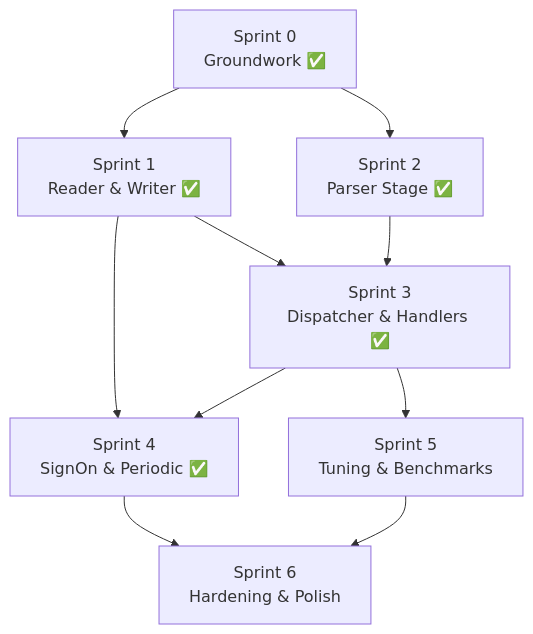
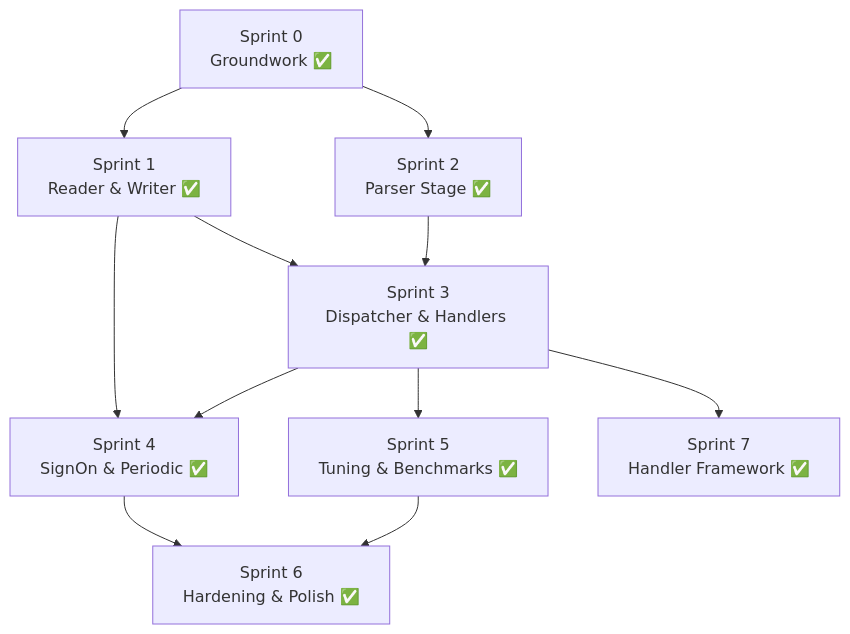
One commit to nikmes/iso8583net changed the diagram in tools/ISO8583Service/impl-sprints.md. Above: the diagram before and after it, drawn with Mermaid. The commit also changed other lines of this file and 10 other files, not shown here.

First line of the commit message:
Sprint 7: Handler Framework for D8 G2B dialect

````diff
--- a/tools/ISO8583Service/impl-sprints.md
+++ b/tools/ISO8583Service/impl-sprints.md
@@ -153,12 +203,13 @@
 ```mermaid
 graph TD
     S0["Sprint 0<br/>Groundwork ✅"] --> S1["Sprint 1<br/>Reader & Writer ✅"]
     S0 --> S2["Sprint 2<br/>Parser Stage ✅"]
     S1 --> S3["Sprint 3<br/>Dispatcher & Handlers ✅"]
     S2 --> S3
     S1 --> S4["Sprint 4<br/>SignOn & Periodic ✅"]
     S3 --> S4
-    S3 --> S5["Sprint 5<br/>Tuning & Benchmarks"]
-    S4 --> S6["Sprint 6<br/>Hardening & Polish"]
+    S3 --> S5["Sprint 5<br/>Tuning & Benchmarks ✅"]
+    S4 --> S6["Sprint 6<br/>Hardening & Polish ✅"]
     S5 --> S6
+    S3 --> S7["Sprint 7<br/>Handler Framework ✅"]
 ```
````
